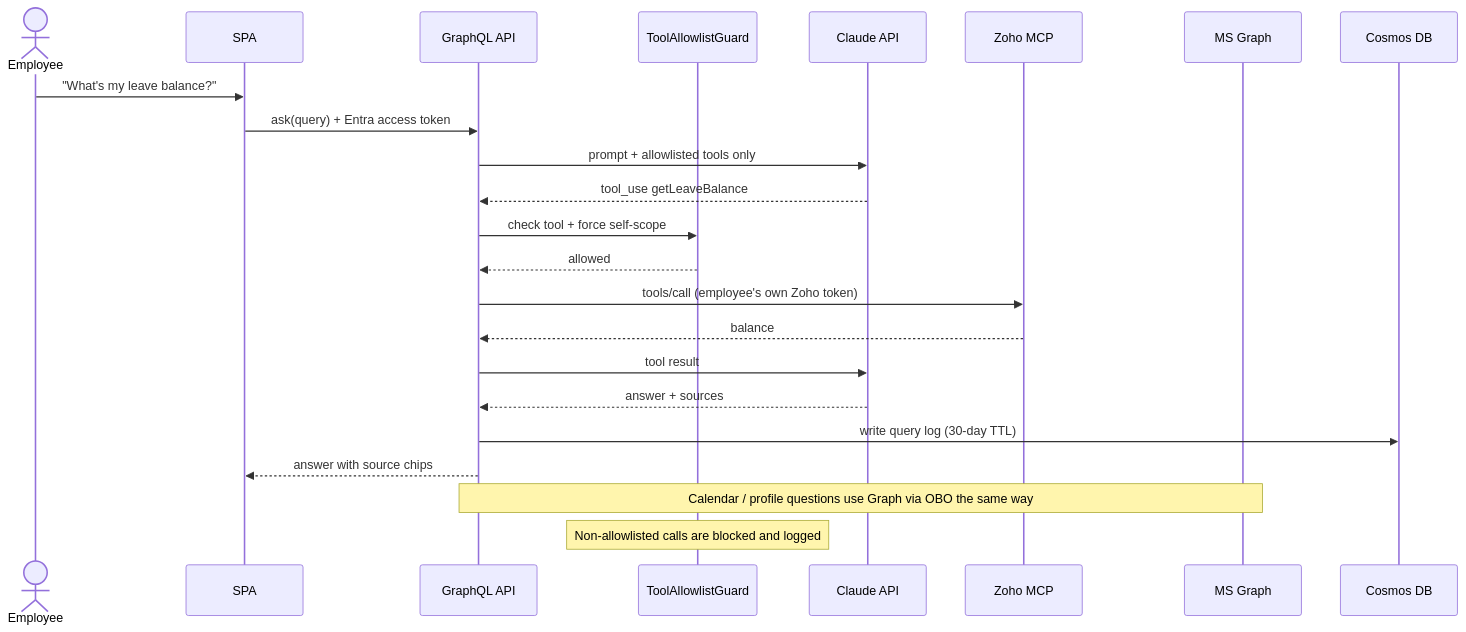
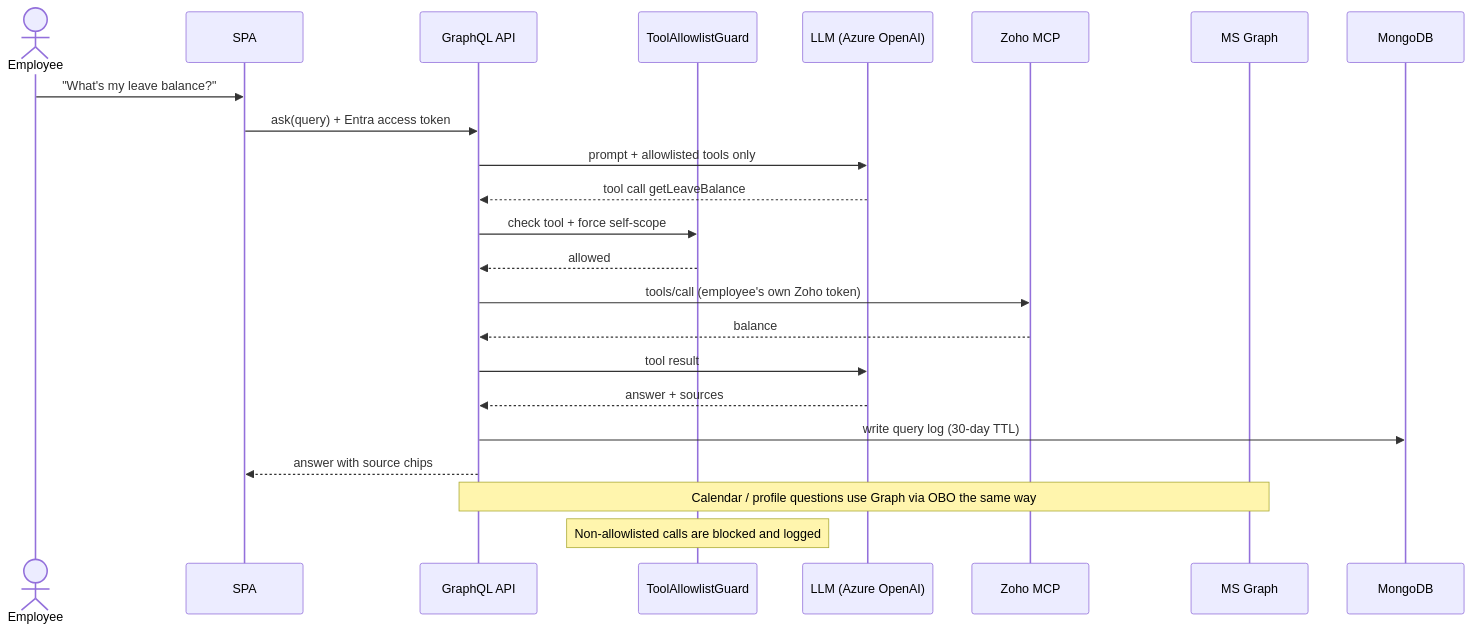
Before and after one commit to sumanpulavarthy/OneSpace: the fourth of 7 diagrams in docs/architecture/OneSpace_Enterprise_Architecture.md, drawn with Mermaid. The commit also changed other lines of this file and 5 other files, not shown here.

First line of the commit message:
Architecture v0.2: apply Rahul's review comments

````diff
--- a/docs/architecture/OneSpace_Enterprise_Architecture.md
+++ b/docs/architecture/OneSpace_Enterprise_Architecture.md
@@ -196,26 +182,26 @@
 ```mermaid
 sequenceDiagram
     actor E as Employee
     participant UI as SPA
     participant API as GraphQL API
     participant G as ToolAllowlistGuard
-    participant L as Claude API
+    participant L as LLM (Azure OpenAI)
     participant Z as Zoho MCP
     participant M as MS Graph
-    participant D as Cosmos DB
+    participant D as MongoDB
 
     E->>UI: "What's my leave balance?"
     UI->>API: ask(query) + Entra access token
     API->>L: prompt + allowlisted tools only
-    L-->>API: tool_use getLeaveBalance
+    L-->>API: tool call getLeaveBalance
     API->>G: check tool + force self-scope
     G-->>API: allowed
     API->>Z: tools/call (employee's own Zoho token)
     Z-->>API: balance
     API->>L: tool result
     L-->>API: answer + sources
     API->>D: write query log (30-day TTL)
     API-->>UI: answer with source chips
     Note over API,M: Calendar / profile questions use Graph via OBO the same way
     Note over G: Non-allowlisted calls are blocked and logged
 ```
````
